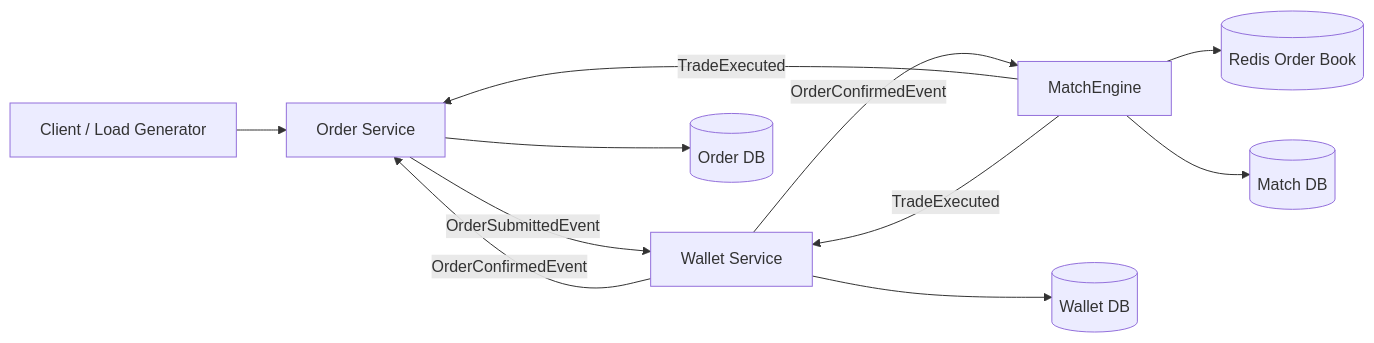
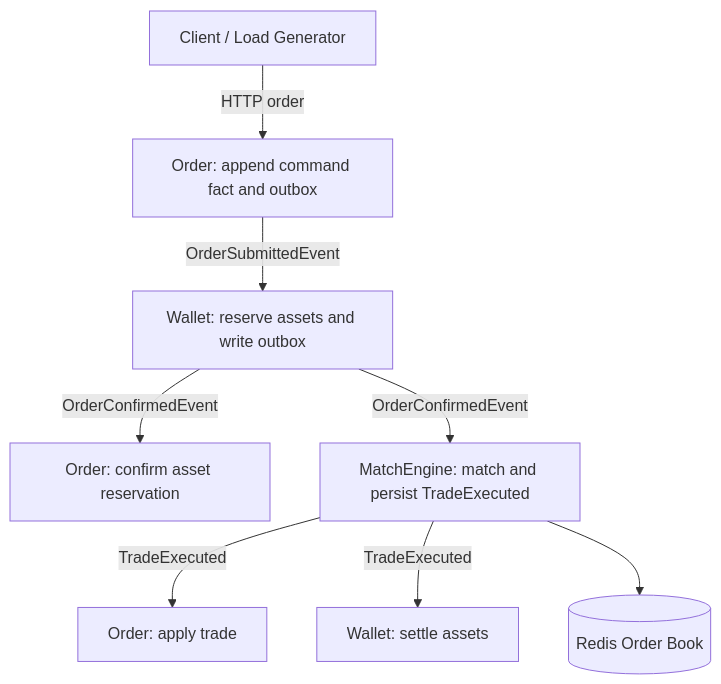
One commit to Yitin-tsai/eap-infra changed the first of 5 diagrams in docs/architecture.md. Above: the diagram before and after it, drawn with Mermaid. The commit also changed other lines of this file and 36 other files, not shown here.

````diff
--- a/docs/architecture.md
+++ b/docs/architecture.md
@@ -46,13 +48,10 @@
 ```mermaid
-flowchart LR
-    Client[Client / Load Generator] --> Order[Order Service]
-    Order -->|OrderSubmittedEvent| Wallet[Wallet Service]
-    Wallet -->|OrderConfirmedEvent| Order
-    Wallet -->|OrderConfirmedEvent| Match[MatchEngine]
-    Match -->|TradeExecuted| Order
-    Match -->|TradeExecuted| Wallet
-    Match --> Redis[(Redis Order Book)]
-    Order --> OrderDb[(Order DB)]
-    Wallet --> WalletDb[(Wallet DB)]
-    Match --> MatchDb[(Match DB)]
+graph TD
+    client["Client / Load Generator"] -->|HTTP order| orderAccept["Order: append command fact and outbox"]
+    orderAccept -->|OrderSubmittedEvent| walletReserve["Wallet: reserve assets and write outbox"]
+    walletReserve -->|OrderConfirmedEvent| orderConfirm["Order: confirm asset reservation"]
+    walletReserve -->|OrderConfirmedEvent| match["MatchEngine: match and persist TradeExecuted"]
+    match -->|TradeExecuted| orderApply["Order: apply trade"]
+    match -->|TradeExecuted| walletSettle["Wallet: settle assets"]
+    match --> redis[("Redis Order Book")]
 ```
````
